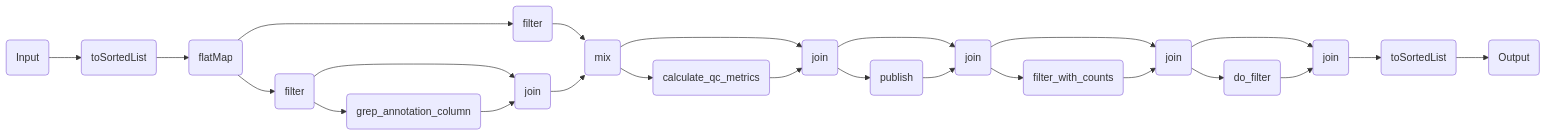
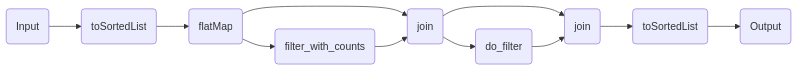
One commit to openpipelines-bio/website changed the diagram in components/workflows/multiomics/prot_singlesample.qmd. Above: the diagram before and after it, drawn with Mermaid. The commit also changed other lines of this file and 92 other files, not shown here.

````diff
--- a/components/workflows/multiomics/prot_singlesample.qmd
+++ b/components/workflows/multiomics/prot_singlesample.qmd
@@ -113,46 +117,24 @@
 ```{mermaid}
 %%| column: screen-inset-shaded
 flowchart LR
     v0(Input)
     v3(toSortedList)
     v5(flatMap)
-    v10(filter)
-    v16(grep_annotation_column)
-    v18(join)
-    v22(mix)
-    v21(filter)
-    v28(calculate_qc_metrics)
-    v30(join)
-    v38(publish)
-    v40(join)
-    v49(filter_with_counts)
-    v51(join)
-    v59(do_filter)
-    v61(join)
-    v65(toSortedList)
-    v67(Output)
-    v21-->v22
+    v12(filter_with_counts)
+    v14(join)
+    v23(do_filter)
+    v25(join)
+    v31(toSortedList)
+    v33(Output)
     v0-->v3
     v3-->v5
-    v5-->v10
-    v5-->v21
-    v10-->v18
-    v10-->v16
-    v16-->v18
-    v18-->v22
-    v22-->v30
-    v22-->v28
-    v28-->v30
-    v30-->v40
-    v30-->v38
-    v38-->v40
-    v40-->v51
-    v40-->v49
-    v49-->v51
-    v51-->v61
-    v51-->v59
-    v59-->v61
-    v61-->v65
-    v65-->v67
+    v5-->v14
+    v5-->v12
+    v12-->v14
+    v14-->v25
+    v14-->v23
+    v23-->v25
+    v25-->v31
+    v31-->v33
 
 ```
````
